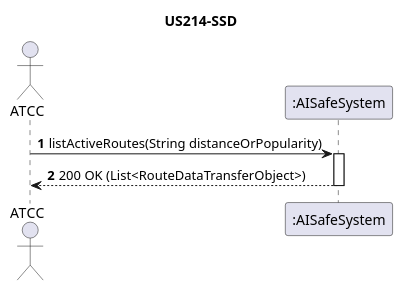
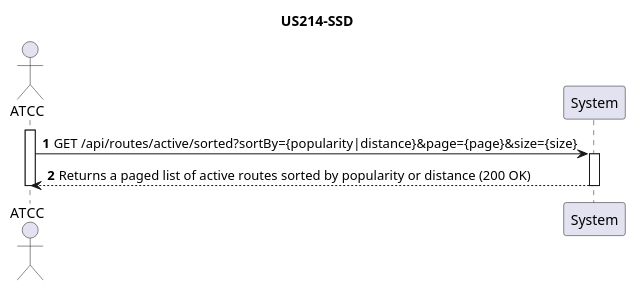
One commit to anamartasilvaa/PSOFT_AISafe_Flight changed the diagram in docs/WP#3B - Enhanced Route Management/US214/US214-SSD.puml. Above: the diagram before and after it, drawn with PlantUML. The commit also changed 18 other files, not shown here.

Commit message:
diagramas de WP#3B

```diff
--- a/docs/WP#3B - Enhanced Route Management/US214/US214-SSD.puml
+++ b/docs/WP#3B - Enhanced Route Management/US214/US214-SSD.puml
@@ -1,11 +1,13 @@
 @startuml
 title US214-SSD
 autonumber
-actor "ATCC" as ATCC
-participant ":AISafeSystem" as System
+actor "ATCC" as Operator
+participant "System" as Sys
 
-ATCC -> System : listActiveRoutes(String distanceOrPopularity)
-activate System
-System --> ATCC : 200 OK (List<RouteDataTransferObject>)
-deactivate System
+activate Operator
+Operator -> Sys : GET /api/routes/active/sorted?sortBy={popularity|distance}&page={page}&size={size}
+activate Sys
+Sys --> Operator : Returns a paged list of active routes sorted by popularity or distance (200 OK)
+deactivate Sys
+deactivate Operator
 @enduml
```
